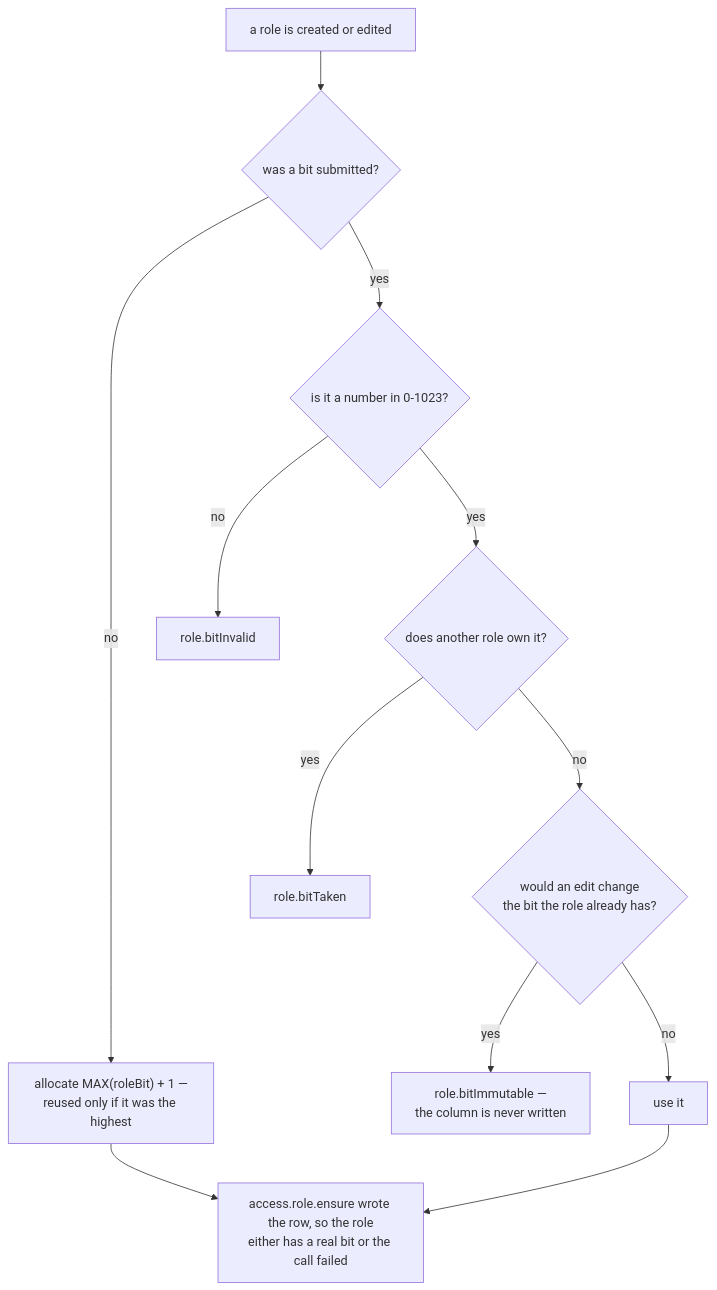
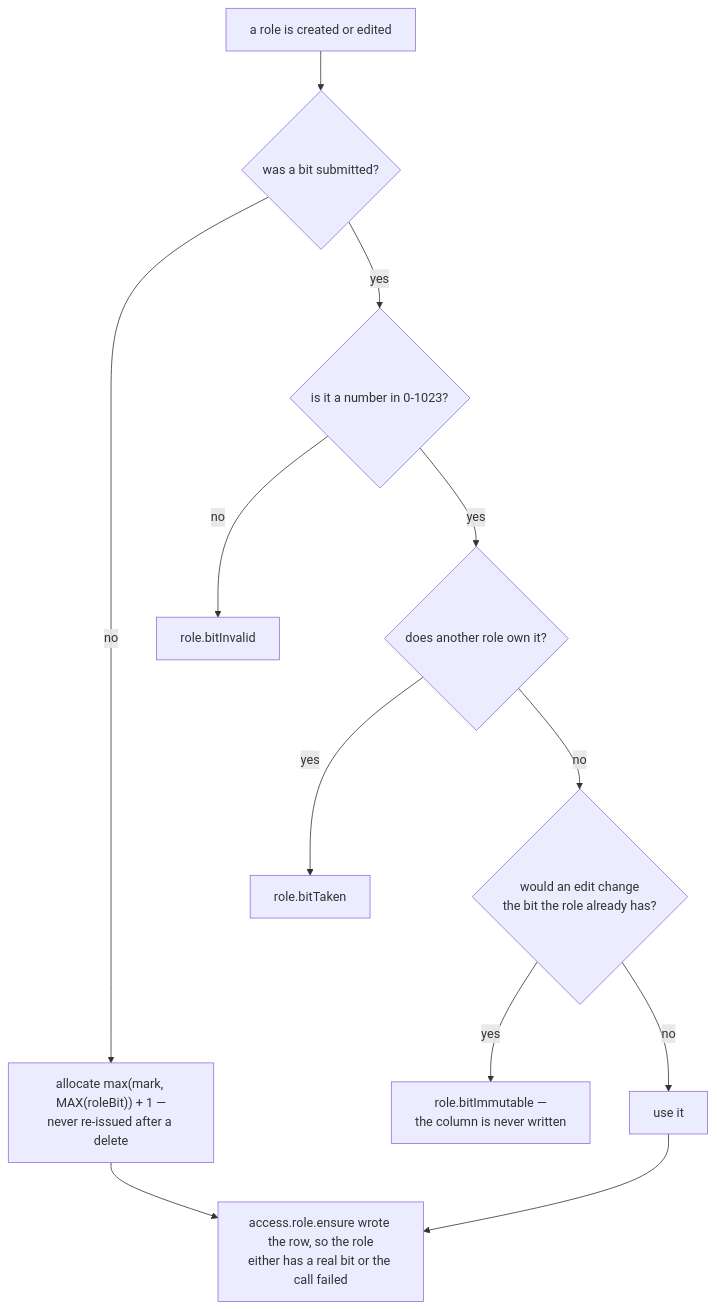
The second of 2 diagrams in docs/blong/docs/patterns/rbac.md (feasibleone/blong), drawn with Mermaid before and after one commit. The commit also changed other lines of this file and 52 other files, not shown here.

````diff
--- a/docs/blong/docs/patterns/rbac.md
+++ b/docs/blong/docs/patterns/rbac.md
@@ -98,14 +98,14 @@
 ```mermaid
 flowchart TD
     A["a role is created or edited"] --> B{"was a bit submitted?"}
-    B -- "no" --> C["allocate MAX(roleBit) + 1 —<br/>reused only if it was the highest"]
+    B -- "no" --> C["allocate max(mark, MAX(roleBit)) + 1 —<br/>never re-issued after a delete"]
     B -- "yes" --> D{"is it a number in 0-1023?"}
     D -- "no" --> E["role.bitInvalid"]
     D -- "yes" --> F{"does another role own it?"}
     F -- "yes" --> G["role.bitTaken"]
     F -- "no" --> H{"would an edit change<br/>the bit the role already has?"}
     H -- "yes" --> I["role.bitImmutable —<br/>the column is never written"]
     H -- "no" --> J["use it"]
     C --> K["access.role.ensure wrote the row, so the role<br/>either has a real bit or the call failed"]
     J --> K
 ```
````
